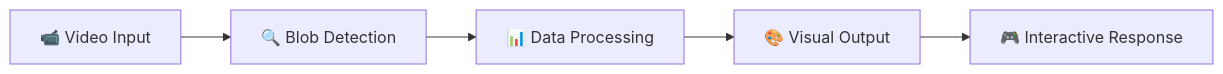
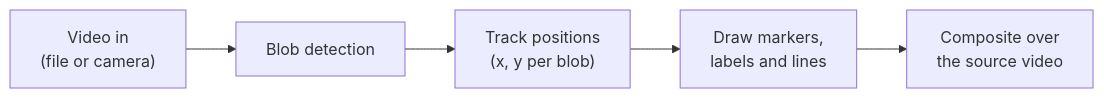
One commit to DevxD98/Blobtracking changed the diagram in README.md. Above: the diagram before and after it, drawn with Mermaid. The commit also changed other lines of this file and 4 other files, not shown here.

````diff
--- a/README.md
+++ b/README.md
@@ -70,7 +64,7 @@
 ```mermaid
-graph LR
-    A[📹 Video Input] --> B[🔍 Blob Detection]
-    B --> C[📊 Data Processing]
-    C --> D[🎨 Visual Output]
-    D --> E[🎮 Interactive Response]
+flowchart LR
+    A["Video in<br/>(file or camera)"] --> B["Blob detection"]
+    B --> C["Track positions<br/>(x, y per blob)"]
+    C --> D["Draw markers,<br/>labels and lines"]
+    D --> E["Composite over<br/>the source video"]
 ```
````
